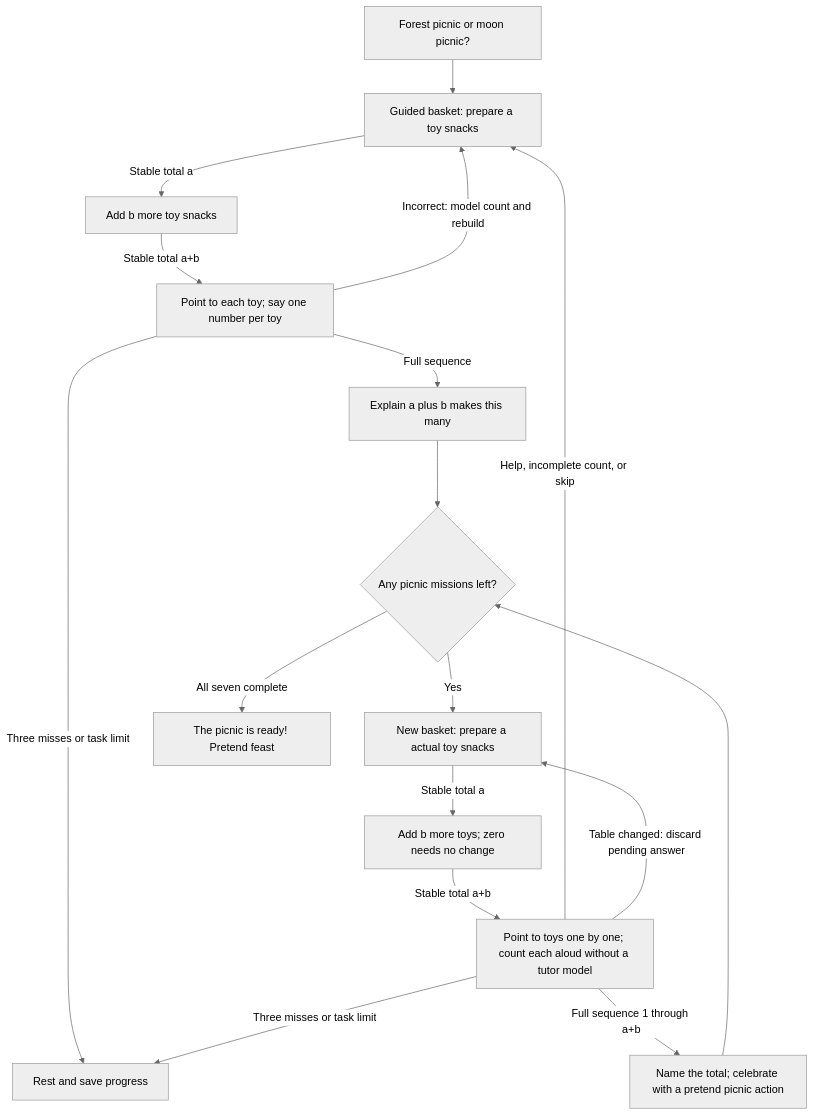
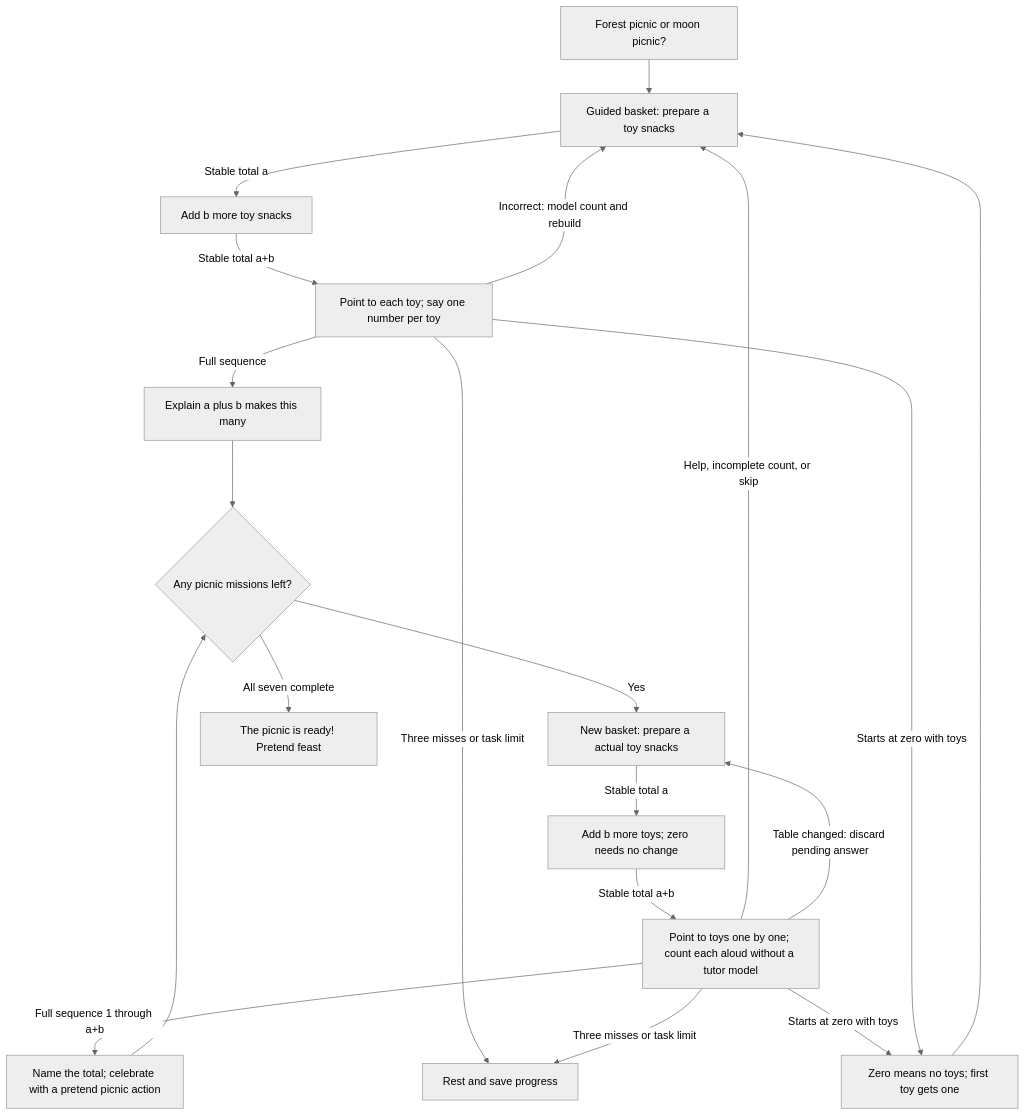
The diagram in docs/wiki/Lesson-2-Add-up-to-five.md (sealsbroken/unmath), drawn with Mermaid (neutral theme) before and after one commit. The commit also changed other lines of this file and 24 other files, not shown here.

````diff
--- a/docs/wiki/Lesson-2-Add-up-to-five.md
+++ b/docs/wiki/Lesson-2-Add-up-to-five.md
@@ -23,19 +23,22 @@
 ```mermaid
 flowchart TD
     Choose["Forest picnic or moon picnic?"] --> Base["Guided basket: prepare a toy snacks"]
     Base -->|"Stable total a"| Add["Add b more toy snacks"]
     Add -->|"Stable total a+b"| Count["Point to each toy; say one number per toy"]
     Count -->|"Full sequence"| Explain["Explain a plus b makes this many"]
     Explain --> Select{"Any picnic missions left?"}
     Select -->|"Yes"| Pack["New basket: prepare a actual toy snacks"]
     Pack -->|"Stable total a"| Join["Add b more toys; zero needs no change"]
     Join -->|"Stable total a+b"| Mission["Point to toys one by one; count each aloud without a tutor model"]
     Mission -->|"Full sequence 1 through a+b"| Play["Name the total; celebrate with a pretend picnic action"]
     Play --> Select
     Mission -->|"Help, incomplete count, or skip"| Base
     Mission -->|"Table changed: discard pending answer"| Pack
     Count -->|"Incorrect: model count and rebuild"| Base
     Select -->|"All seven complete"| Feast["The picnic is ready! Pretend feast"]
     Count -->|"Three misses or task limit"| Rest["Rest and save progress"]
     Mission -->|"Three misses or task limit"| Rest
+    Mission -->|"Starts at zero with toys"| Zero["Zero means no toys; first toy gets one"]
+    Count -->|"Starts at zero with toys"| Zero
+    Zero --> Base
 ```
````
